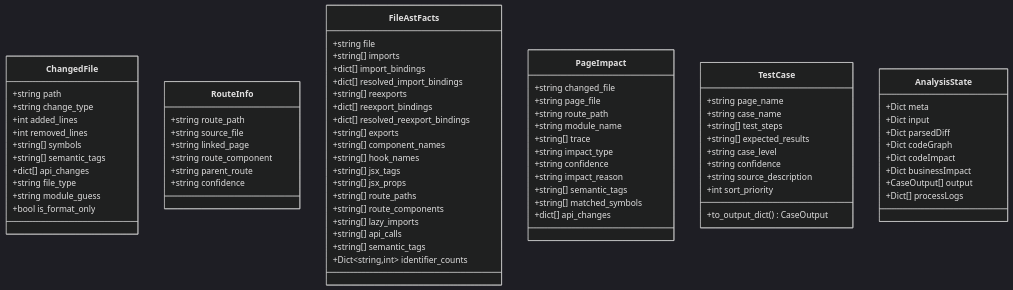
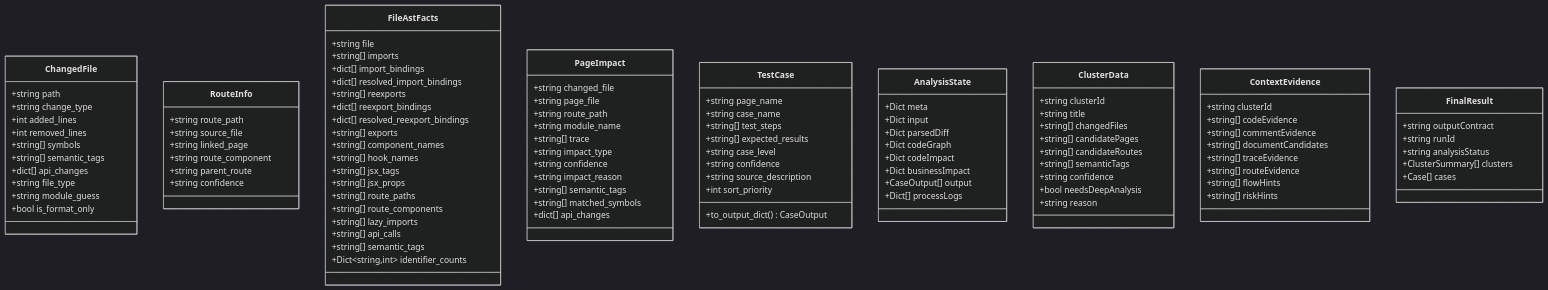
Diagram 12 of 12 in .qoder/repowiki/zh/content/核心功能/核心功能.md (brand-new-remo/frontend-impact-analyzer), drawn with Mermaid (dark theme) before and after one commit. The commit also changed other lines of this file and 9 other files, not shown here.

````diff
--- a/.qoder/repowiki/zh/content/核心功能/核心功能.md
+++ b/.qoder/repowiki/zh/content/核心功能/核心功能.md
@@ -726,4 +883,32 @@
 +CaseOutput[] output
 +Dict[] processLogs
 }
+class ClusterData {
++string clusterId
++string title
++string[] changedFiles
++string[] candidatePages
++string[] candidateRoutes
++string[] semanticTags
++string confidence
++bool needsDeepAnalysis
++string reason
+}
+class ContextEvidence {
++string clusterId
++string[] codeEvidence
++string[] commentEvidence
++string[] documentCandidates
++string[] traceEvidence
++string[] routeEvidence
++string[] flowHints
++string[] riskHints
+}
+class FinalResult {
++string outputContract
++string runId
++string analysisStatus
++ClusterSummary[] clusters
++Case[] cases
+}
 ```
````
